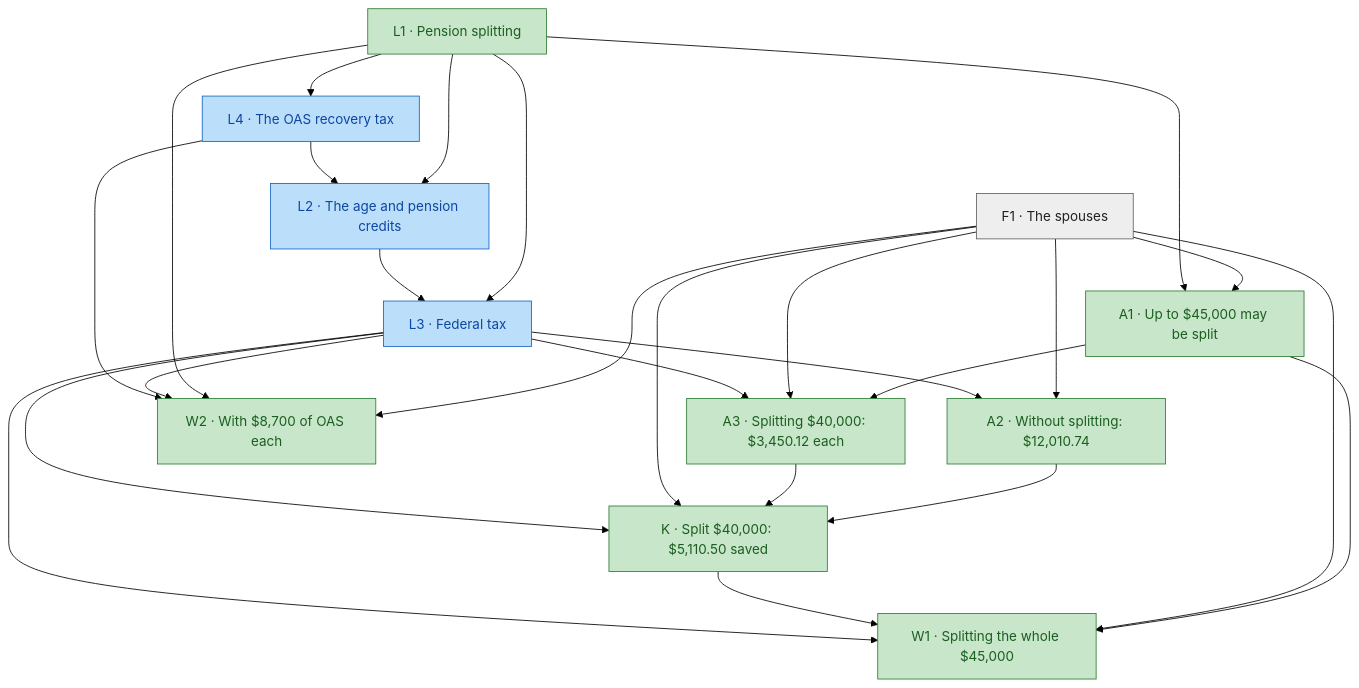
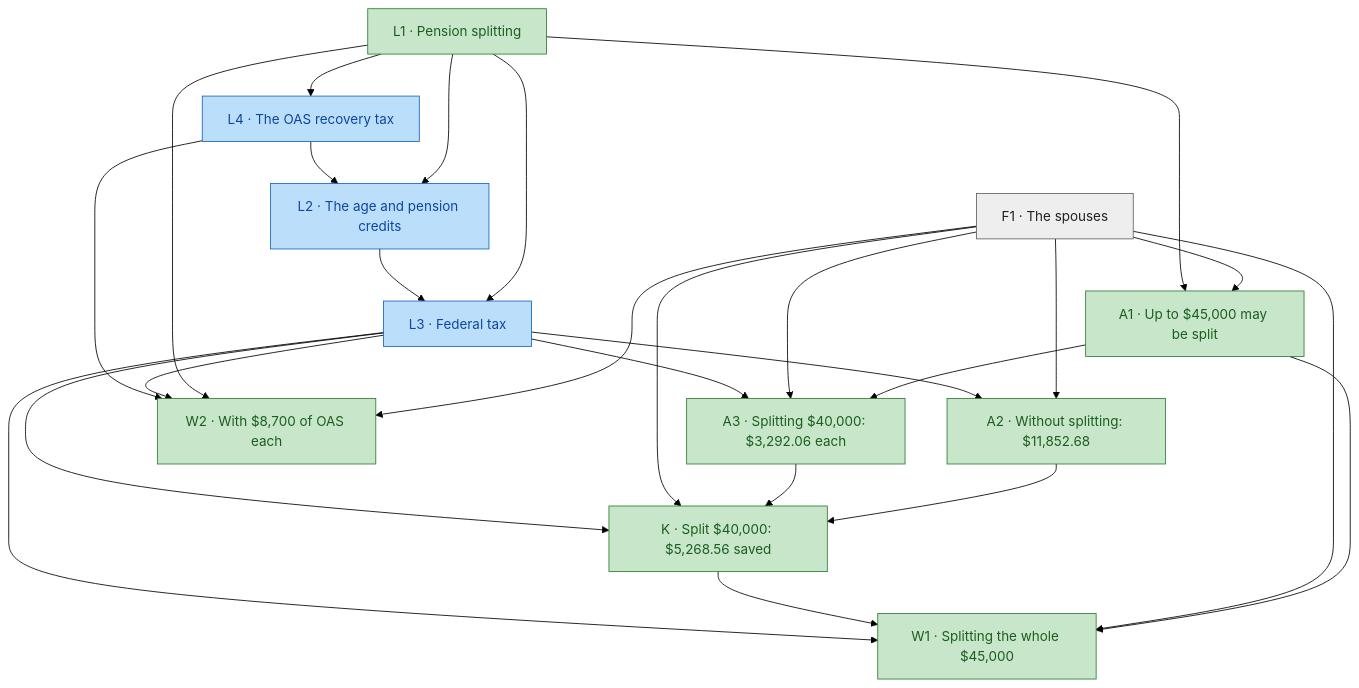
Before and after one commit to SeanWMurray/Canteen: the first of 2 diagrams in docs/blueprint/pension-split.md, drawn with Mermaid (forest theme). The commit also changed other lines of this file and 57 other files, not shown here.

````diff
--- a/docs/blueprint/pension-split.md
+++ b/docs/blueprint/pension-split.md
@@ -15,44 +15,44 @@
 ```mermaid
 graph TD
   n0["L1 · Pension splitting"]:::proven
   n1["L4 · The OAS recovery tax"]:::encoded
   n2["L2 · The age and pension credits"]:::encoded
   n3["L3 · Federal tax"]:::encoded
   n4["F1 · The spouses"]:::fact
   n5["A1 · Up to $45,000 may be split"]:::proven
-  n6["A2 · Without splitting: $12,010.74"]:::proven
-  n7["A3 · Splitting $40,000: $3,450.12 each"]:::proven
-  n8["K · Split $40,000: $5,110.50 saved"]:::proven
+  n6["A2 · Without splitting: $11,852.68"]:::proven
+  n7["A3 · Splitting $40,000: $3,292.06 each"]:::proven
+  n8["K · Split $40,000: $5,268.56 saved"]:::proven
   n9["W1 · Splitting the whole $45,000"]:::proven
   n10["W2 · With $8,700 of OAS each"]:::proven
   n0 --> n1
   n0 --> n2
   n1 --> n2
   n0 --> n3
   n2 --> n3
   n4 --> n5
   n0 --> n5
   n4 --> n6
   n3 --> n6
   n5 --> n7
   n4 --> n7
   n3 --> n7
   n6 --> n8
   n7 --> n8
   n4 --> n8
   n3 --> n8
   n5 --> n9
   n4 --> n9
   n8 --> n9
   n3 --> n9
   n4 --> n10
   n0 --> n10
   n3 --> n10
   n1 --> n10
   classDef proven fill:#c8e6c9,stroke:#2e7d32,color:#1b5e20
   classDef encoded fill:#bbdefb,stroke:#1565c0,color:#0d47a1
   classDef fact fill:#eeeeee,stroke:#616161,color:#212121
   classDef judgment fill:#ffe0b2,stroke:#ef6c00,color:#e65100
   classDef notFormalized fill:#ffffff,stroke:#c62828,color:#b71c1c,stroke-dasharray:5 5
   classDef unproven fill:#ffcdd2,stroke:#c62828,color:#b71c1c
 ```
````
